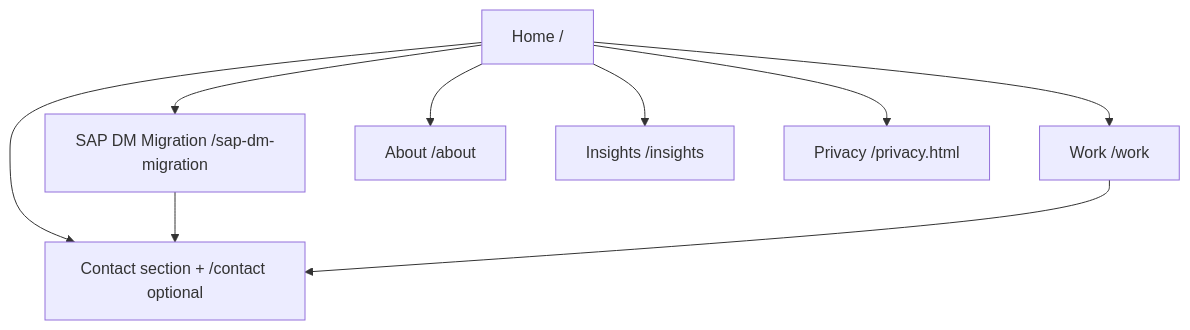
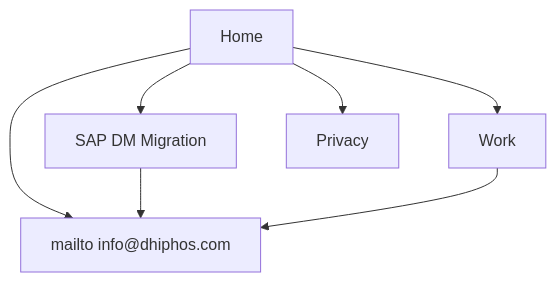
The diagram in docs/TECHNICAL-AND-DESIGN-SPECIFICATION.md (renukaprasadmlds/company-site), drawn with Mermaid before and after one commit. The commit also changed other lines of this file and 1 other file, not shown here.

````diff
--- a/docs/TECHNICAL-AND-DESIGN-SPECIFICATION.md
+++ b/docs/TECHNICAL-AND-DESIGN-SPECIFICATION.md
@@ -211,19 +180,15 @@
 ```mermaid
 flowchart TD
-  Home["Home /"]
-  Migration["SAP DM Migration /sap-dm-migration"]
-  Work["Work /work"]
-  About["About /about"]
-  Insights["Insights /insights"]
-  Privacy["Privacy /privacy.html"]
-  Contact["Contact section + /contact optional"]
+  Home["Home"]
+  Migration["SAP DM Migration"]
+  Work["Work"]
+  Privacy["Privacy"]
+  Mailto["mailto info@dhiphos.com"]
 
   Home --> Migration
   Home --> Work
-  Home --> About
-  Home --> Insights
-  Home --> Contact
+  Home --> Mailto
+  Migration --> Mailto
+  Work --> Mailto
   Home --> Privacy
-  Migration --> Contact
-  Work --> Contact
 ```
````
